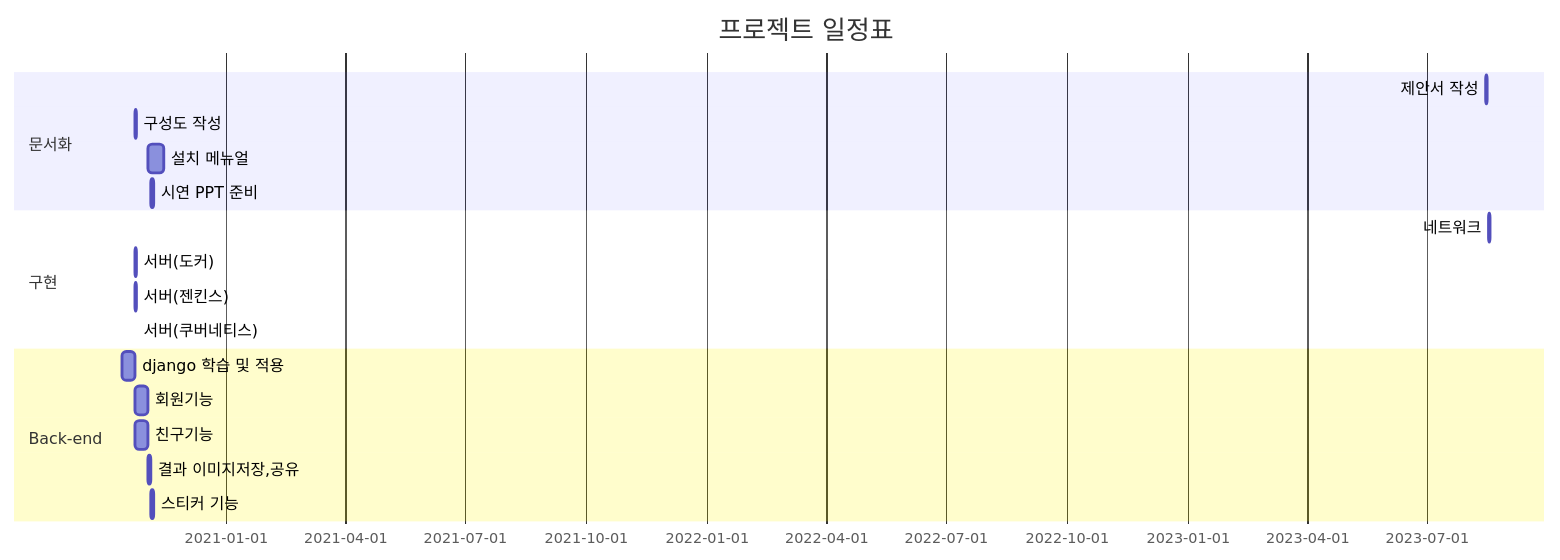
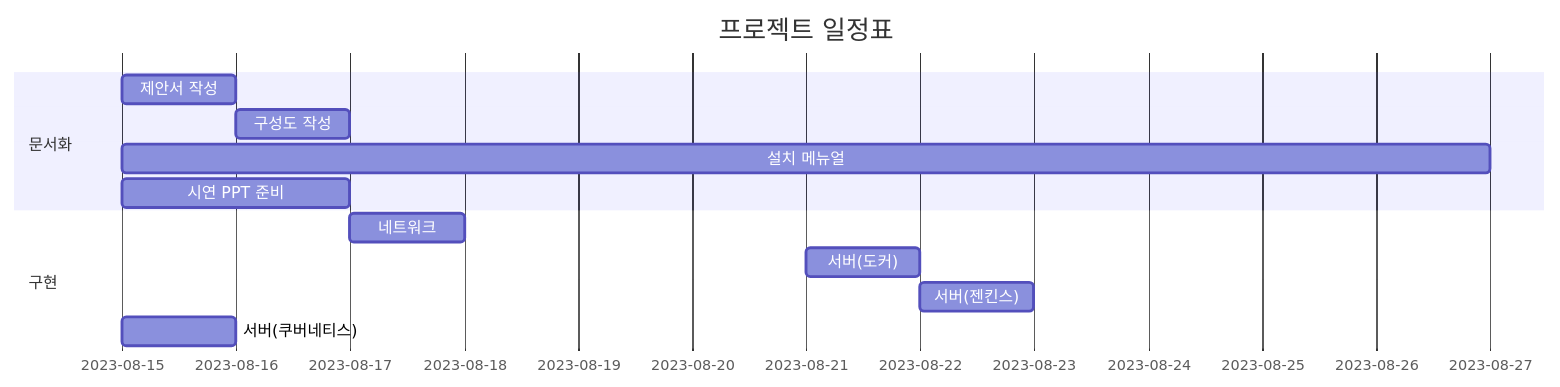
Before and after one commit to KimJeongHoon190/First_Project: the diagram in README.md, drawn with Mermaid.

````diff
--- a/README.md
+++ b/README.md
@@ -4,23 +4,16 @@
 ```mermaid
 gantt
     title 프로젝트 일정표
     dateFormat  YYYY-MM-DD
     section 문서화
     제안서 작성  : a1, 2023-08-15, 1d
     구성도 작성  : after a1, 1d
     설치 메뉴얼 : after a2, 12d
     시연 PPT 준비 : after a3, 2d
 
     section 구현
-    네트워크     :a1,2023-08-17  , 1d
-    서버(도커) : after a1,  1d
-    서버(젠킨스) :after a1 , 1d
-    서버(쿠버네티스) : after a1
-
-    section Back-end
-    django 학습 및 적용 : a1,2020-10-14 , 10d
-    회원기능      :a2,after a1 , 10d
-    친구기능      :after a1  ,10d
-    결과 이미지저장,공유  : a3,after a2, 2d
-    스티커 기능  : a4,after a3, 2d
+    네트워크     : b1, 2023-08-17, 1d
+    서버(도커) : b2, 2023-08-21, 1d
+    서버(젠킨스) :after b2 , 1d
+    서버(쿠버네티스) : after b3, 1d
 ```
````
